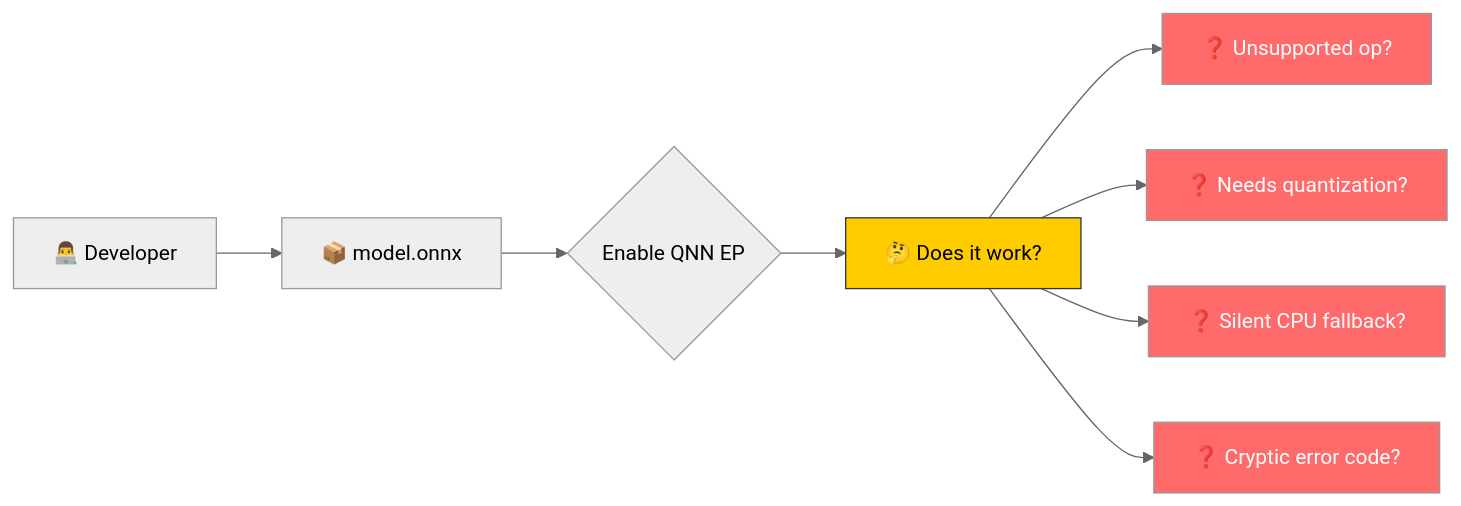
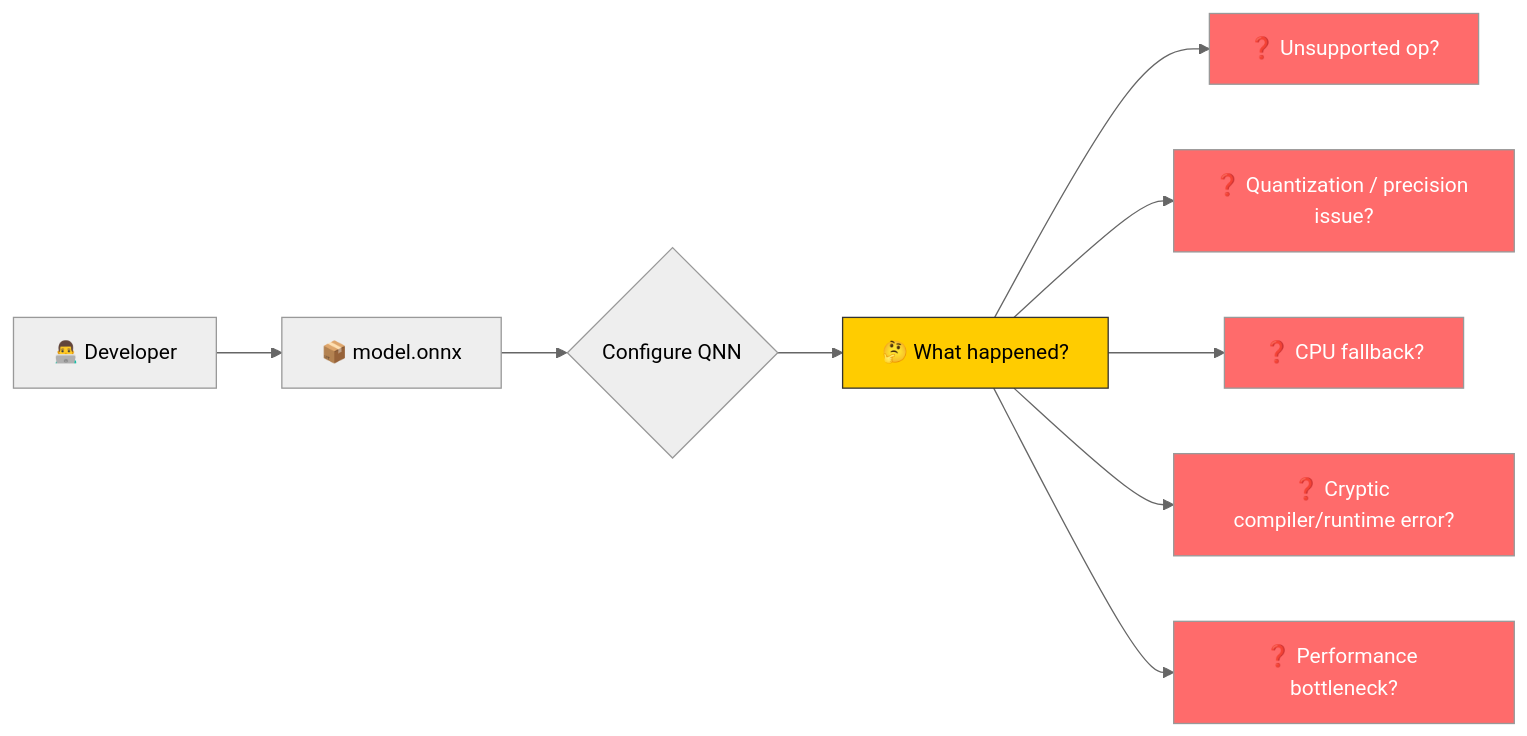
The first of 5 diagrams in README.md (Mysteriousboy727/SnapDoctor), drawn with Mermaid (neutral theme) before and after one commit. The commit also changed other lines of this file, not shown here.

````diff
--- a/README.md
+++ b/README.md
@@ -20,15 +21,22 @@
 ```mermaid
 flowchart LR
+
     A[👨‍💻 Developer] --> B[📦 model.onnx]
-    B --> C{Enable QNN EP}
-    C --> D[🤔 Does it work?]
+
+    B --> C{Configure QNN}
+
+    C --> D[🤔 What happened?]
+
     D --> E["❓ Unsupported op?"]
-    D --> F["❓ Needs quantization?"]
-    D --> G["❓ Silent CPU fallback?"]
-    D --> H["❓ Cryptic error code?"]
+    D --> F["❓ Quantization / precision issue?"]
+    D --> G["❓ CPU fallback?"]
+    D --> H["❓ Cryptic compiler/runtime error?"]
+    D --> I["❓ Performance bottleneck?"]
+
     style D fill:#ffcc00,stroke:#333
     style E fill:#ff6b6b,color:#fff
     style F fill:#ff6b6b,color:#fff
     style G fill:#ff6b6b,color:#fff
     style H fill:#ff6b6b,color:#fff
+    style I fill:#ff6b6b,color:#fff
 ```
````
